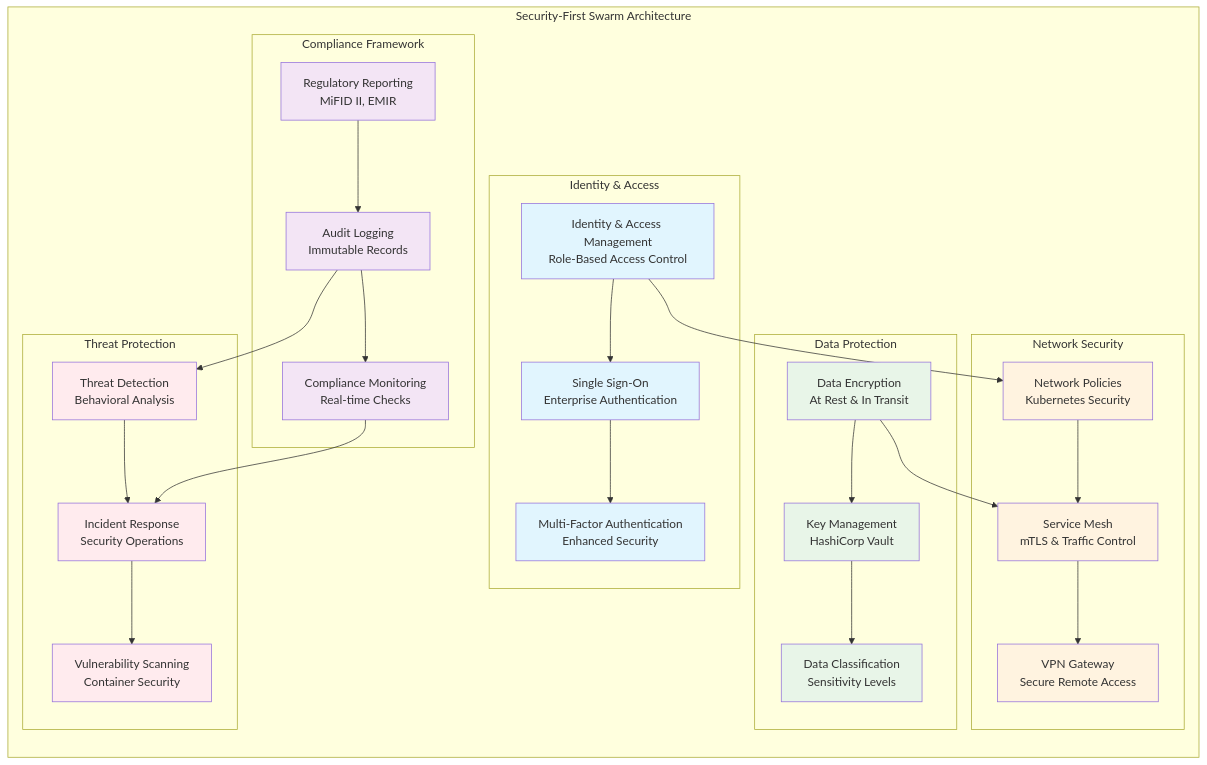
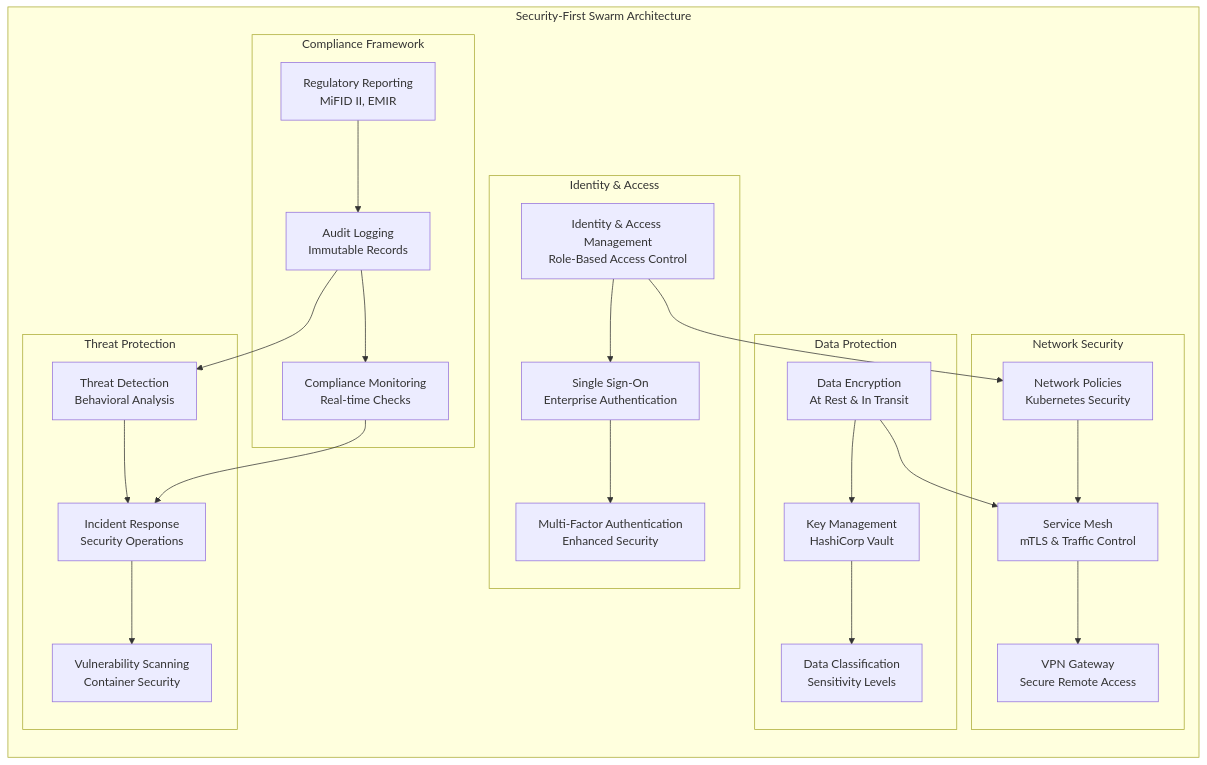
Before and after one commit to petewilburn/Python-Programs-for-Fun-and-Education: diagram 12 of 12 in src/Python_Programs/Hierarchical_Swarm_Enterprise_Architecture.md, drawn with Mermaid. The commit also changed other lines of this file and 3 other files, not shown here.

Commit message:
Remove all Mermaid styling for better dark mode compatibility

````diff
--- a/src/Python_Programs/Hierarchical_Swarm_Enterprise_Architecture.md
+++ b/src/Python_Programs/Hierarchical_Swarm_Enterprise_Architecture.md
@@ -1002,73 +884,62 @@
 ```mermaid
 graph LR
     subgraph "Security-First Swarm Architecture"
         subgraph "Identity & Access"
             IAM[Identity & Access Management<br/>Role-Based Access Control]
             SSO[Single Sign-On<br/>Enterprise Authentication]
             MFA[Multi-Factor Authentication<br/>Enhanced Security]
         end
         
         subgraph "Data Protection"
             Encryption[Data Encryption<br/>At Rest & In Transit]
             KeyManagement[Key Management<br/>HashiCorp Vault]
             DataClassification[Data Classification<br/>Sensitivity Levels]
         end
         
         subgraph "Network Security"
             NetworkPolicies[Network Policies<br/>Kubernetes Security]
             ServiceMesh[Service Mesh<br/>mTLS & Traffic Control]
             VPN[VPN Gateway<br/>Secure Remote Access]
         end
         
         subgraph "Compliance Framework"
             RegulatoryReporting[Regulatory Reporting<br/>MiFID II, EMIR]
             AuditLogging[Audit Logging<br/>Immutable Records]
             ComplianceMonitoring[Compliance Monitoring<br/>Real-time Checks]
         end
         
         subgraph "Threat Protection"
             ThreatDetection[Threat Detection<br/>Behavioral Analysis]
             IncidentResponse[Incident Response<br/>Security Operations]
             VulnerabilityScanning[Vulnerability Scanning<br/>Container Security]
         end
     end
     
     %% Identity flow
     IAM --> SSO
     SSO --> MFA
     
     %% Data protection
     Encryption --> KeyManagement
     KeyManagement --> DataClassification
     
     %% Network security
     NetworkPolicies --> ServiceMesh
     ServiceMesh --> VPN
     
     %% Compliance
     RegulatoryReporting --> AuditLogging
     AuditLogging --> ComplianceMonitoring
     
     %% Threat protection
     ThreatDetection --> IncidentResponse
     IncidentResponse --> VulnerabilityScanning
     
     %% Cross-cutting concerns
     IAM --> NetworkPolicies
     Encryption --> ServiceMesh
     AuditLogging --> ThreatDetection
     ComplianceMonitoring --> IncidentResponse
     
     %% Styling
-    classDef identity fill:#e1f5fe
-    classDef data fill:#e8f5e8
-    classDef network fill:#fff3e0
-    classDef compliance fill:#f3e5f5
-    classDef threat fill:#ffebee
-    
-    class IAM,SSO,MFA identity
-    class Encryption,KeyManagement,DataClassification data
-    class NetworkPolicies,ServiceMesh,VPN network
-    class RegulatoryReporting,AuditLogging,ComplianceMonitoring compliance
-    class ThreatDetection,IncidentResponse,VulnerabilityScanning threat
 ```
````
